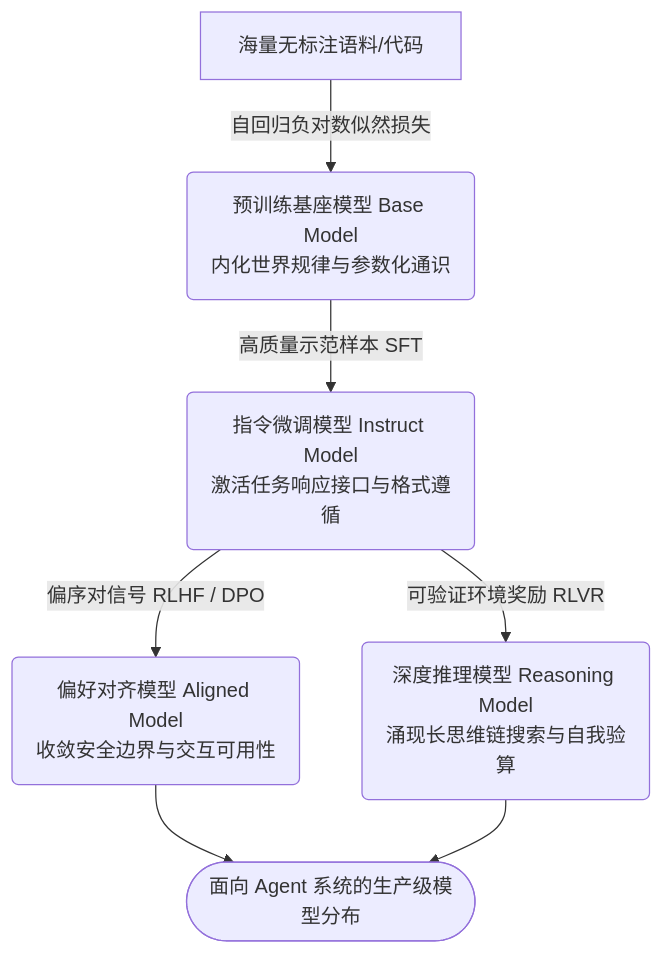
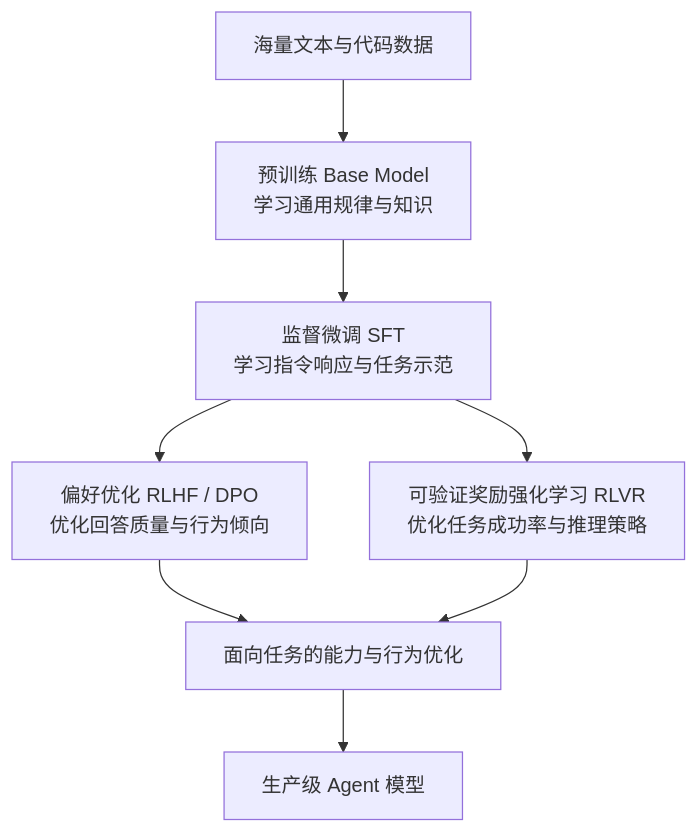
The second of 4 diagrams in docs/02-understanding-llm.md (ideal-20/ai-agent-system-design), drawn with Mermaid before and after one commit. The commit also changed other lines of this file, not shown here.

````diff
--- a/docs/02-understanding-llm.md
+++ b/docs/02-understanding-llm.md
@@ -302,8 +542,10 @@
 ```mermaid
 flowchart TD
-    A[海量无标注语料/代码] -->|自回归负对数似然损失| B(预训练基座模型 Base Model<br/>内化世界规律与参数化通识)
-    B -->|高质量示范样本 SFT| C(指令微调模型 Instruct Model<br/>激活任务响应接口与格式遵循)
-    C -->|偏序对信号 RLHF / DPO| D(偏好对齐模型 Aligned Model<br/>收敛安全边界与交互可用性)
-    C -->|可验证环境奖励 RLVR| E(深度推理模型 Reasoning Model<br/>涌现长思维链搜索与自我验算)
-    D & E --> F([面向 Agent 系统的生产级模型分布])
+    A["海量文本与代码数据"] --> B["预训练 Base Model<br/>学习通用规律与知识"]
+    B --> C["监督微调 SFT<br/>学习指令响应与任务示范"]
+    C --> D["偏好优化 RLHF / DPO<br/>优化回答质量与行为倾向"]
+    C --> E["可验证奖励强化学习 RLVR<br/>优化任务成功率与推理策略"]
+    D --> F["面向任务的能力与行为优化"]
+    E --> F
+    F --> G["生产级 Agent 模型"]
 ```
````
